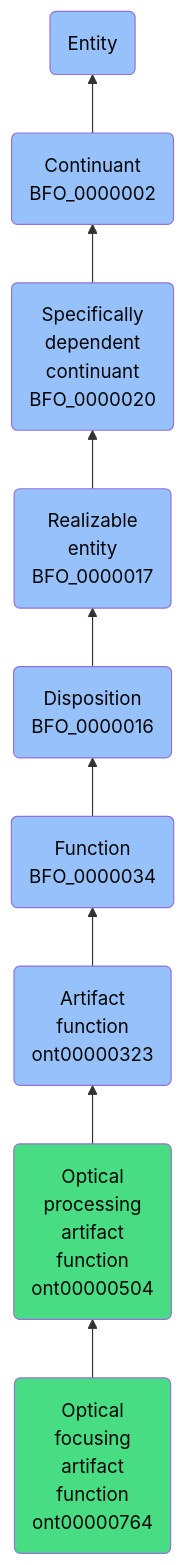
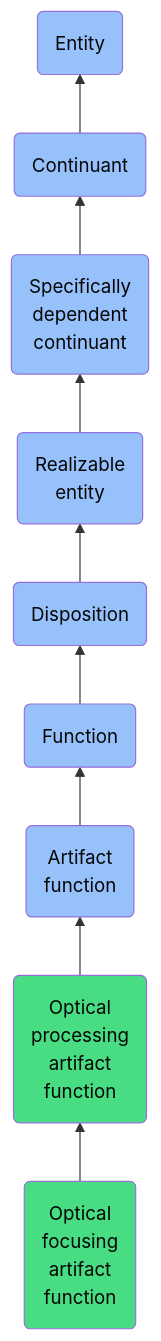
The diagram in docs/ontology/reference/model/Entity/Continuant/Specifically dependent continuant/Realizable entity/Disposition/Function/Artifact function/Optical processing artifact function/Optical focusing artifact function/Optical focusing artifact function.md (jupyter-naas/abi), drawn with Mermaid before and after one commit. The commit also changed other lines of this file and 1430 other files, not shown here.

````diff
--- a/docs/ontology/reference/model/Entity/Continuant/Specifically dependent continuant/Realizable entity/Disposition/Function/Artifact function/Optical processing artifact function/Optical focusing artifact function/Optical focusing artifact function.md
+++ b/docs/ontology/reference/model/Entity/Continuant/Specifically dependent continuant/Realizable entity/Disposition/Function/Artifact function/Optical processing artifact function/Optical focusing artifact function/Optical focusing artifact function.md
@@ -24,16 +24,16 @@
 ```mermaid
 graph BT
-    ont00000764(Optical<br>focusing<br>artifact<br>function<br>ont00000764):::ABI-->ont00000504
-    ont00000504(Optical<br>processing<br>artifact<br>function<br>ont00000504):::ABI-->ont00000323
-    ont00000323(Artifact<br>function<br>ont00000323):::BFO-->BFO_0000034
-    BFO_0000034(Function<br>BFO_0000034):::BFO-->BFO_0000016
-    BFO_0000016(Disposition<br>BFO_0000016):::BFO-->BFO_0000017
-    BFO_0000017(Realizable<br>entity<br>BFO_0000017):::BFO-->BFO_0000020
-    BFO_0000020(Specifically<br>dependent<br>continuant<br>BFO_0000020):::BFO-->BFO_0000002
-    BFO_0000002(Continuant<br>BFO_0000002):::BFO-->BFO_0000001
+    ont00000764(Optical<br>focusing<br>artifact<br>function):::ABI-->ont00000504
+    ont00000504(Optical<br>processing<br>artifact<br>function):::ABI-->ont00000323
+    ont00000323(Artifact<br>function):::BFO-->BFO_0000034
+    BFO_0000034(Function):::BFO-->BFO_0000016
+    BFO_0000016(Disposition):::BFO-->BFO_0000017
+    BFO_0000017(Realizable<br>entity):::BFO-->BFO_0000020
+    BFO_0000020(Specifically<br>dependent<br>continuant):::BFO-->BFO_0000002
+    BFO_0000002(Continuant):::BFO-->BFO_0000001
     BFO_0000001(Entity):::BFO
     
     classDef BFO fill:#97c1fb,color:#060606
     classDef CCO fill:#e4c51e,color:#060606
     classDef ABI fill:#48DD82,color:#060606
 ```
````
